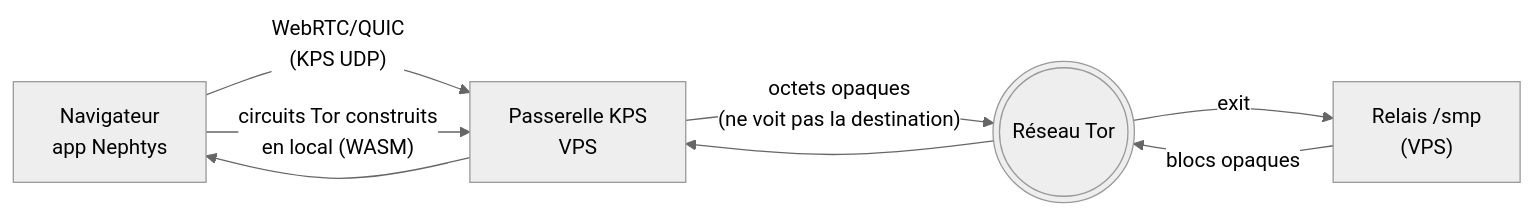
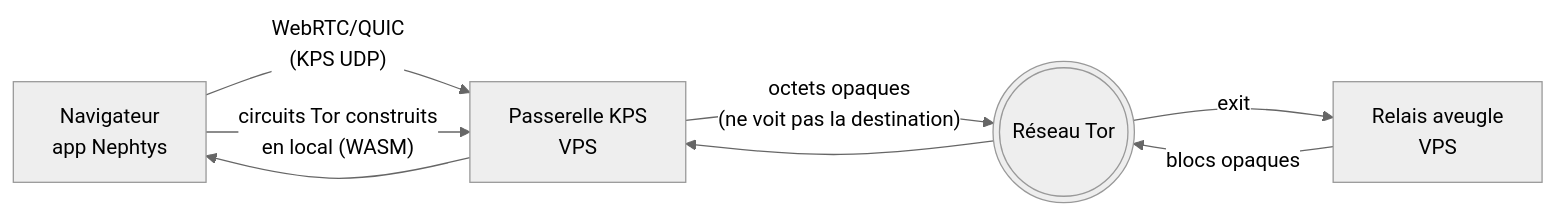
One commit to JemaOS/Nephtys changed the diagram in README.md. Above: the diagram before and after it, drawn with Mermaid (neutral theme). The commit also changed other lines of this file, not shown here.

````diff
--- a/README.md
+++ b/README.md
@@ -38,10 +41,10 @@
 ```mermaid
 flowchart LR
   B[Navigateur<br/>app Nephtys] -- WebRTC/QUIC<br/>(KPS UDP) --> G[Passerelle KPS<br/>VPS]
   B -- "circuits Tor construits\nen local (WASM)" --> G
   G -- "octets opaques\n(ne voit pas la destination)" --> T(((Réseau Tor)))
-  T -- exit --> S["Relais /smp<br/>(VPS)"]
+  T -- exit --> S[Relais aveugle<br/>VPS]
   S -- blocs opaques --> T
   T --> G
   G --> B
 ```
````
